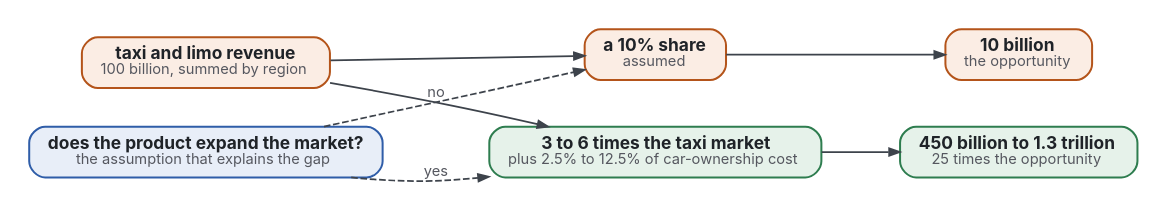
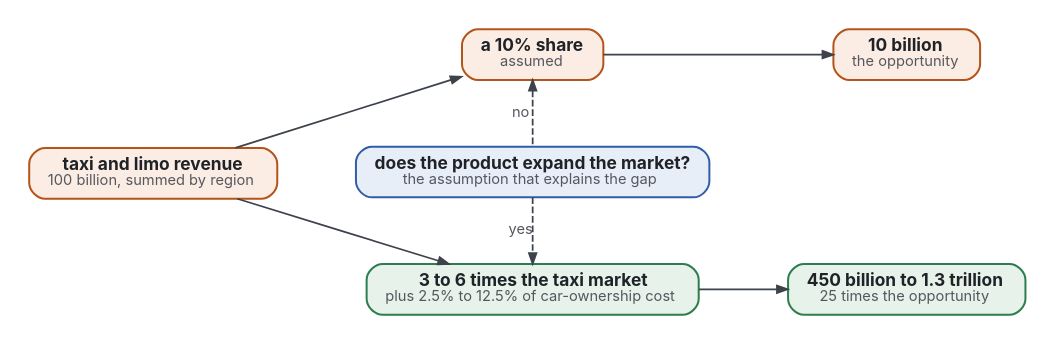
The diagram in evidence/market-structure/review-gap.dot (Tewf/business-market), drawn with Graphviz before and after one commit. The commit also changed 2 other files, not shown here.

Commit message:
Redraw the market-gap figure without a crossing
The dashed "no" link crossed a solid link of the other chain. Putting the
assumption between the two results gives one link to each, none crossing.

```diff
--- a/evidence/market-structure/review-gap.dot
+++ b/evidence/market-structure/review-gap.dot
@@ -1,16 +1,18 @@
 // One company sized two ways in 2014. Orange: a top-down chain. Green: the other chain. Blue: the assumption that explains the gap.
 digraph gap {
   graph [rankdir=LR, nodesep=0.35, ranksep=0.8, bgcolor="white", pad=0.2, fontname="Inter"];
   node  [shape=box, style="rounded,filled", fontname="Inter", fontsize=13, margin="0.2,0.1", penwidth=1.5, fontcolor="#1F2328"];
   edge  [fontname="Inter", fontsize=11, color="#3D434B", fontcolor="#55575F", penwidth=1.3, arrowsize=0.8];
   T [label=<<b>taxi and limo revenue</b><br/><font point-size="11" color="#55575F">100 billion, summed by region</font>>, fillcolor="#FBEDE4", color="#B4541A"];
   S [label=<<b>a 10% share</b><br/><font point-size="11" color="#55575F">assumed</font>>, fillcolor="#FBEDE4", color="#B4541A"];
   D [label=<<b>10 billion</b><br/><font point-size="11" color="#55575F">the opportunity</font>>, fillcolor="#FBEDE4", color="#B4541A"];
   X [label=<<b>3 to 6 times the taxi market</b><br/><font point-size="11" color="#55575F">plus 2.5% to 12.5% of car-ownership cost</font>>, fillcolor="#E6F2EA", color="#2E7D4F"];
   G [label=<<b>450 billion to 1.3 trillion</b><br/><font point-size="11" color="#55575F">25 times the opportunity</font>>, fillcolor="#E6F2EA", color="#2E7D4F"];
   A [label=<<b>does the product expand the market?</b><br/><font point-size="11" color="#55575F">the assumption that explains the gap</font>>, fillcolor="#E8EEF8", color="#2F5DA8"];
   T -> S -> D;
   T -> X -> G;
-  A -> S [style=dashed, label=" no"];
+  // A sits between S and X in one column, so neither dashed edge crosses a solid one.
+  {rank=same; S; A; X}
+  S -> A [dir=back, style=dashed, label=" no"];
   A -> X [style=dashed, label=" yes"];
 }
```
